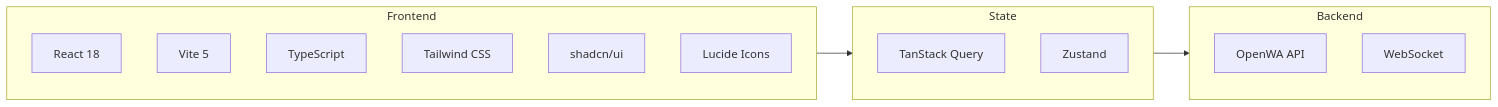
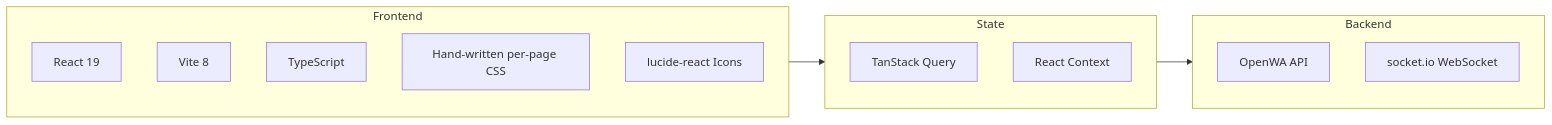
Before and after one commit to suryansh-business-work/duncit-all: the first of 2 diagrams in portals/crm/open-wa-server/docs/17-dashboard-design.md, drawn with Mermaid. The commit also changed other lines of this file and 2547 other files, not shown here.

````diff
--- a/portals/crm/open-wa-server/docs/17-dashboard-design.md
+++ b/portals/crm/open-wa-server/docs/17-dashboard-design.md
@@ -9,24 +9,23 @@
 ```mermaid
 flowchart LR
     subgraph Frontend
-        REACT[React 18]
-        VITE[Vite 5]
+        REACT[React 19]
+        VITE[Vite 8]
         TS[TypeScript]
-        TW[Tailwind CSS]
-        SHADCN[shadcn/ui]
-        LUCIDE[Lucide Icons]
+        CSS[Hand-written per-page CSS]
+        LUCIDE[lucide-react Icons]
     end
 
     subgraph State
         TANSTACK[TanStack Query]
-        ZUSTAND[Zustand]
+        CTX[React Context]
     end
 
     subgraph Backend
         API[OpenWA API]
-        WS[WebSocket]
+        WS[socket.io WebSocket]
     end
 
     Frontend --> State
     State --> Backend
 ```
````
